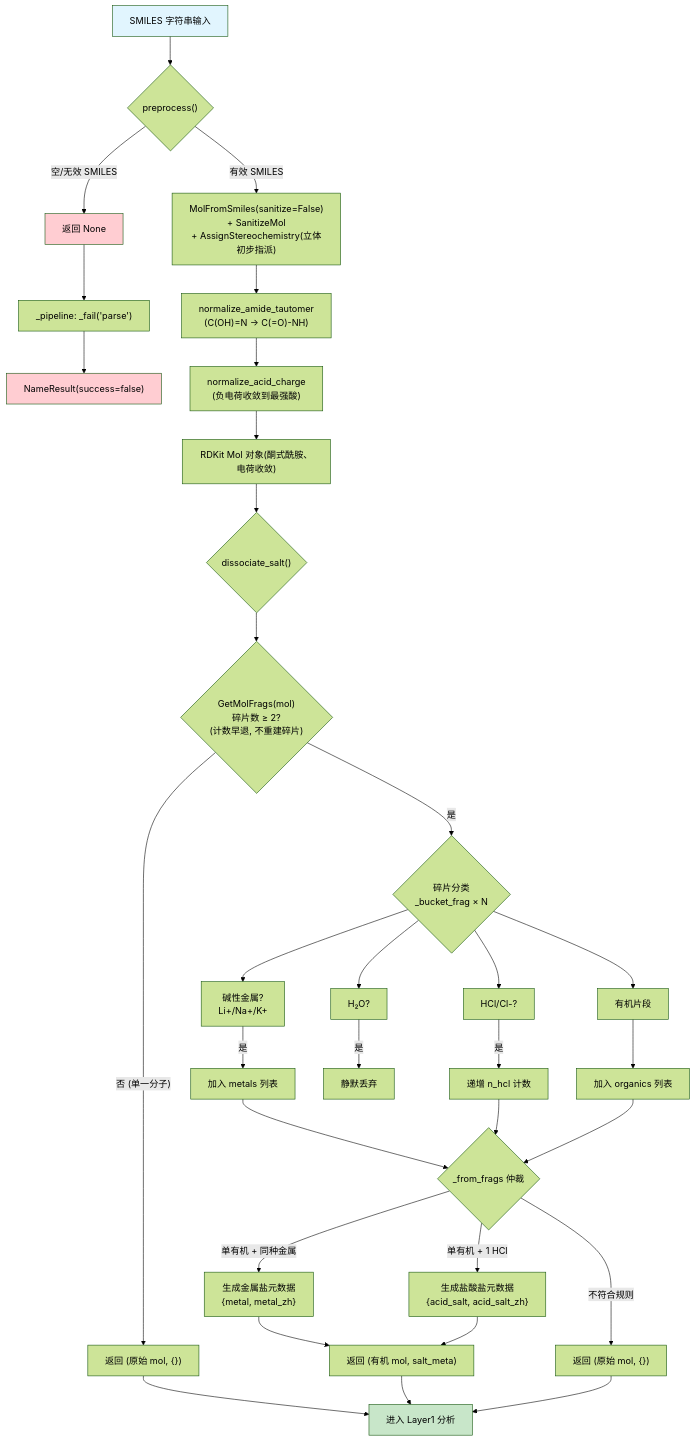
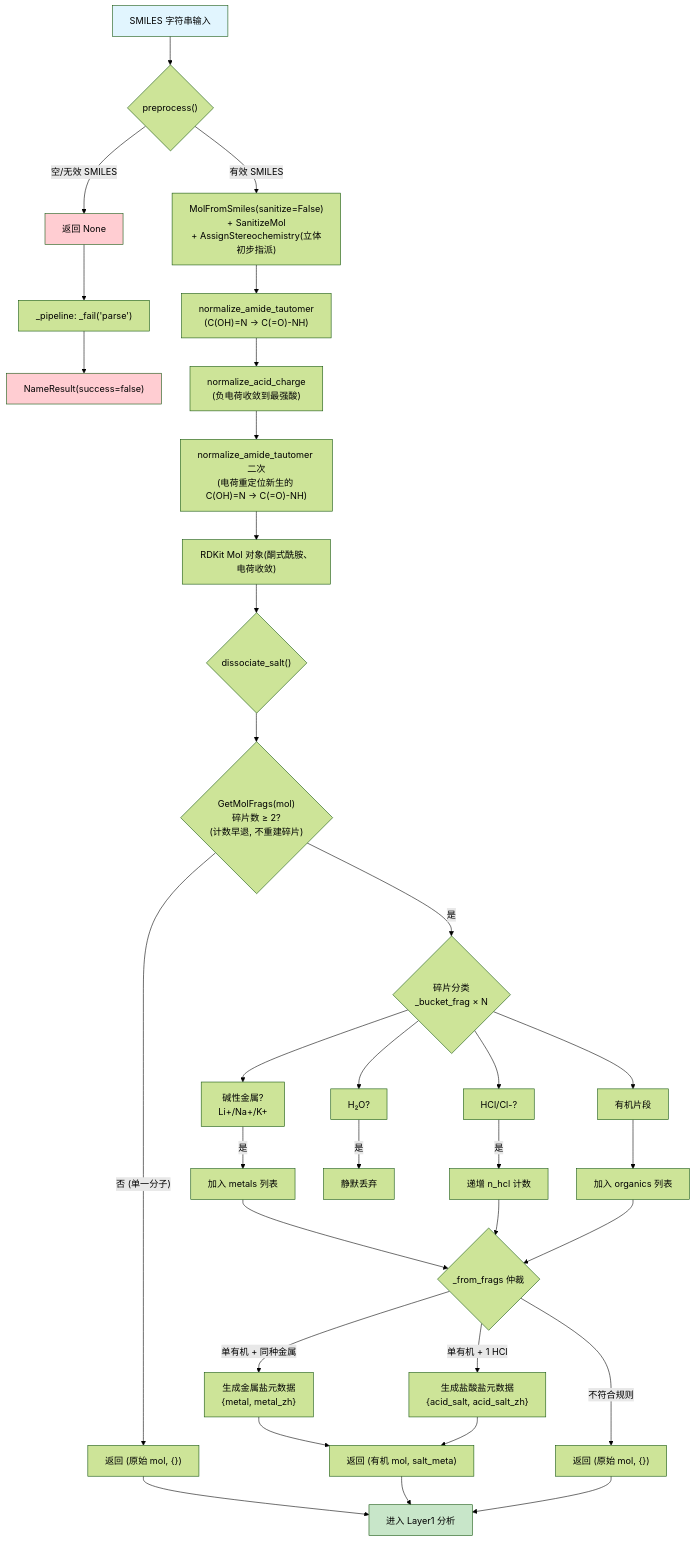
Before and after one commit to zouxiaofei1/OpenSMILES: the first of 2 diagrams in docs/wiki/architecture/layer0-preprocessor.md, drawn with Mermaid (forest theme). The commit also changed other lines of this file and 24 other files, not shown here.

````diff
--- a/docs/wiki/architecture/layer0-preprocessor.md
+++ b/docs/wiki/architecture/layer0-preprocessor.md
@@ -192,47 +195,48 @@
 ```mermaid
 flowchart TD
     A["SMILES 字符串输入"] --> B{"preprocess()"}
     B -->|"空/无效 SMILES"| C["返回 None"]
     C --> D["_pipeline: _fail('parse')"]
     D --> E["NameResult(success=false)"]
 
     B -->|"有效 SMILES"| P2["MolFromSmiles(sanitize=False)<br/>+ SanitizeMol<br/>+ AssignStereochemistry(立体初步指派)"]
     P2 --> P3["normalize_amide_tautomer<br/>(C(OH)=N → C(=O)-NH)"]
     P3 --> P3b["normalize_acid_charge<br/>(负电荷收敛到最强酸)"]
-    P3b --> F["RDKit Mol 对象(酮式酰胺、电荷收敛)"]
+    P3b --> P3c["normalize_amide_tautomer 二次<br/>(电荷重定位新生的 C(OH)=N → C(=O)-NH)"]
+    P3c --> F["RDKit Mol 对象(酮式酰胺、电荷收敛)"]
     F --> G{"dissociate_salt()"}
     G --> H{"GetMolFrags(mol)<br/>碎片数 ≥ 2?<br/>(计数早退, 不重建碎片)"}
 
     H -->|"否 (单一分子)"| I["返回 (原始 mol, {})"]
     I --> J["进入 Layer1 分析"]
 
     H -->|"是"| K{"碎片分类\n_bucket_frag × N"}
 
     K --> L["碱性金属?\nLi+/Na+/K+"]
     K --> M["HCl/Cl-?"]
     K --> N["H₂O?"]
     K --> O["有机片段"]
 
     L -->|"是"| P["加入 metals 列表"]
     M -->|"是"| Q["递增 n_hcl 计数"]
     N -->|"是"| R["静默丢弃"]
     O --> R2["加入 organics 列表"]
 
     P --> S{"_from_frags 仲裁"}
     Q --> S
     R2 --> S
 
     S -->|"单有机 + 同种金属"| T["生成金属盐元数据\n{metal, metal_zh}"]
     S -->|"单有机 + 1 HCl"| U["生成盐酸盐元数据\n{acid_salt, acid_salt_zh}"]
     S -->|"不符合规则"| V["返回 (原始 mol, {})"]
 
     T --> W["返回 (有机 mol, salt_meta)"]
     U --> W
     W --> J
     V --> J
 
     style A fill:#e1f5fe
     style E fill:#ffcdd2
     style J fill:#c8e6c9
     style C fill:#ffcdd2
 ```
````
